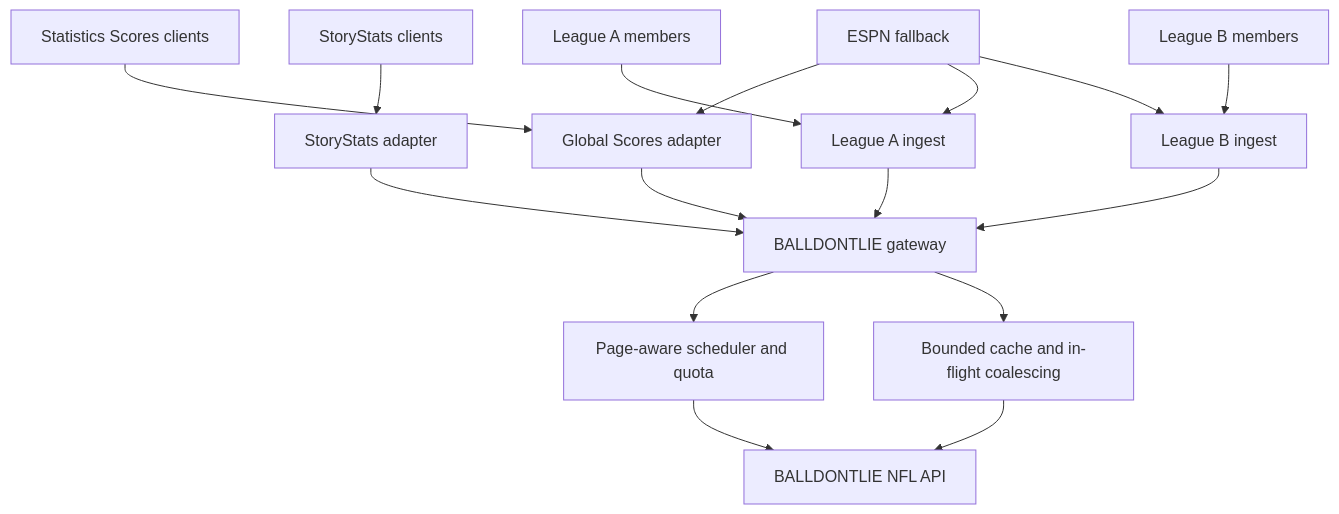
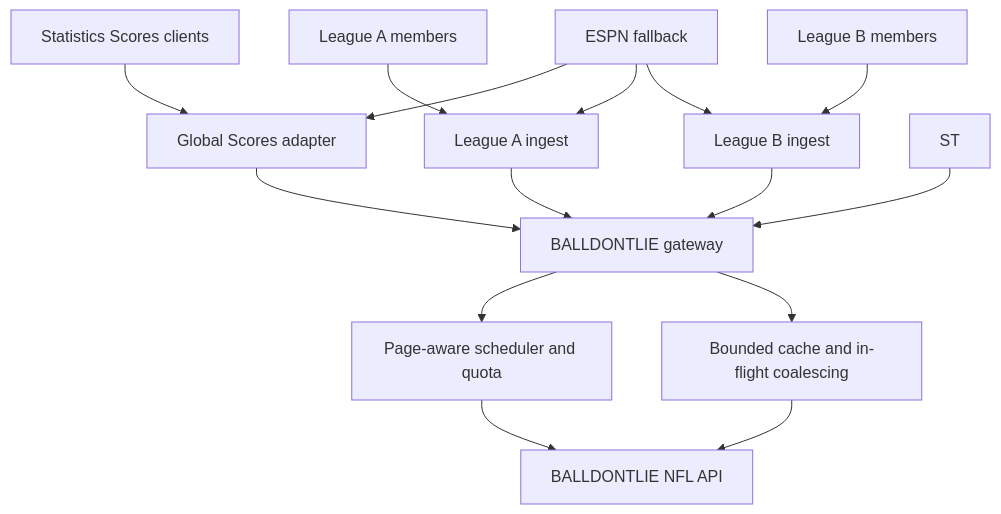
Before and after one commit to thejrudd/gridshift: the second of 3 diagrams in docs/Live Data Server Architecture.md, drawn with Mermaid. The commit also changed other lines of this file and 78 other files, not shown here.

````diff
--- a/docs/Live Data Server Architecture.md
+++ b/docs/Live Data Server Architecture.md
@@ -66,18 +63,17 @@
 ```mermaid
 flowchart TB
   B1["Statistics Scores clients"] --> SG["Global Scores adapter"]
-  B4["StoryStats clients"] --> ST["StoryStats adapter"]
   B2["League A members"] --> LA["League A ingest"]
   B3["League B members"] --> LB["League B ingest"]
   SG --> G["BALLDONTLIE gateway"]
   ST --> G
   LA --> G
   LB --> G
   G --> Q["Page-aware scheduler and quota"]
   G --> C["Bounded cache and in-flight coalescing"]
   Q --> P["BALLDONTLIE NFL API"]
   C --> P
   E["ESPN fallback"] --> SG
   E --> LA
   E --> LB
 ```
````
